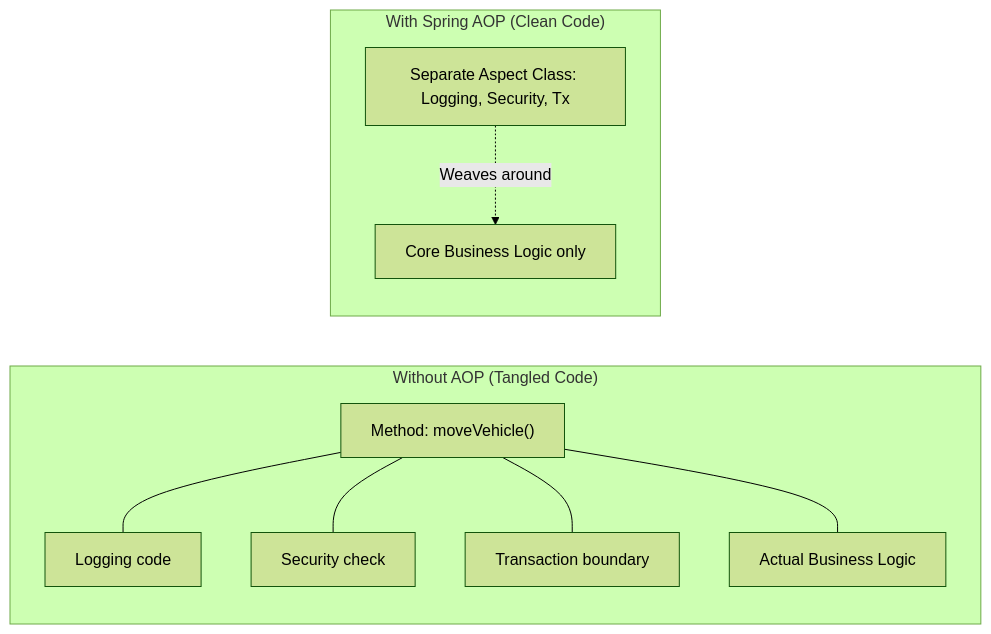
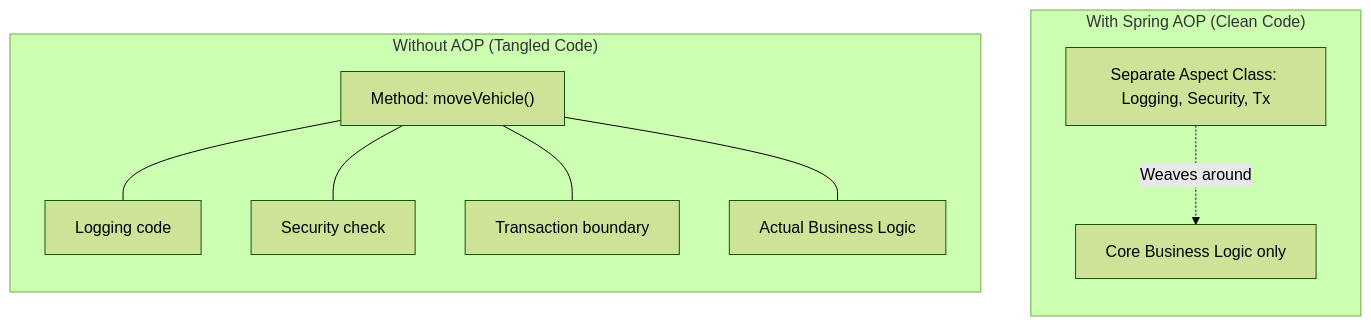
Before and after one commit to rohithgowda18/Notes: diagram 12 of 13 in 06-Java-and-Spring-Boot/01-Spring-Framework-and-Core-IoC.md, drawn with Mermaid (forest theme). The commit also changed other lines of this file and 15 other files, not shown here.

Commit message:
docs: audit Mermaid diagrams, optimize side-by-side layouts, and deduplicate DBMS advanced notes

````diff
--- a/06-Java-and-Spring-Boot/01-Spring-Framework-and-Core-IoC.md
+++ b/06-Java-and-Spring-Boot/01-Spring-Framework-and-Core-IoC.md
@@ -619,15 +625,18 @@
 ```mermaid
 flowchart LR
     subgraph Tangled ["Without AOP (Tangled Code)"]
         M1["Method: moveVehicle()"]
         M1 --- Log["Logging code"]
         M1 --- Auth["Security check"]
         M1 --- Tx["Transaction boundary"]
         M1 --- Core["Actual Business Logic"]
     end
+
+    Tangled ~~~ CleanAOP
+
     subgraph CleanAOP ["With Spring AOP (Clean Code)"]
         Core2["Core Business Logic only"]
         Aspect["Separate Aspect Class: Logging, Security, Tx"]
         Aspect -.->|Weaves around| Core2
     end
 ```
````
